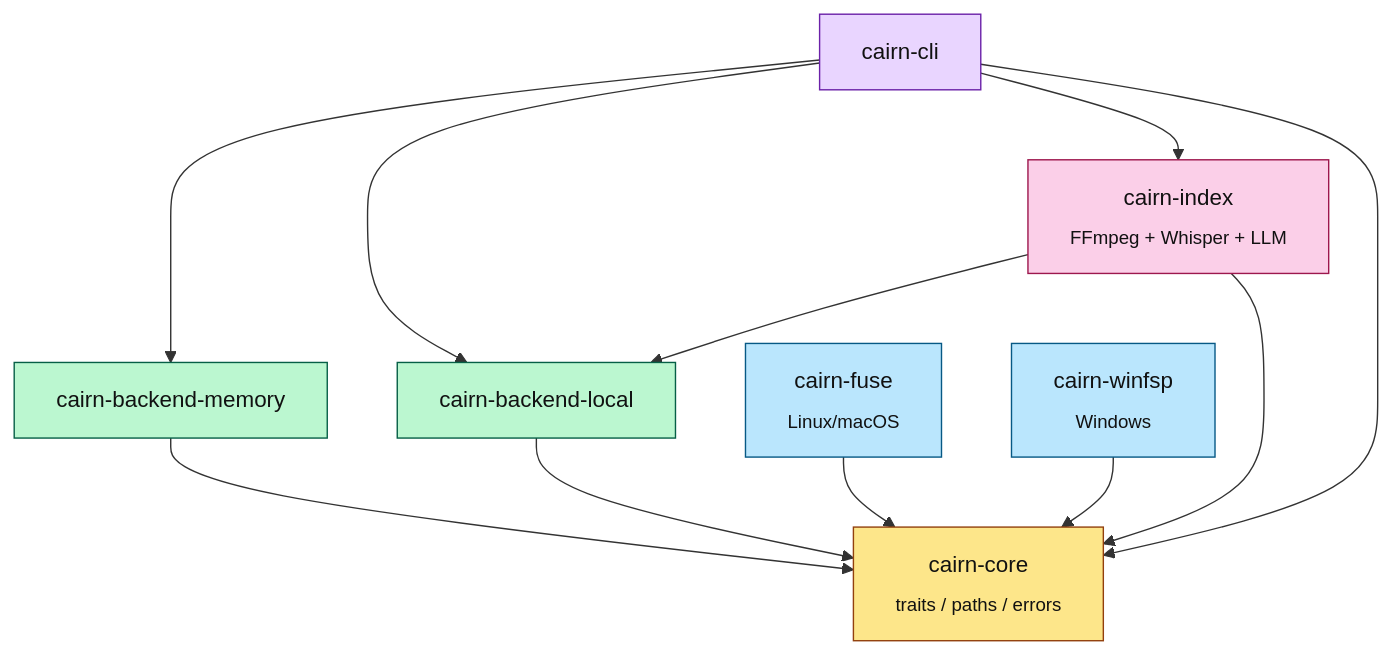
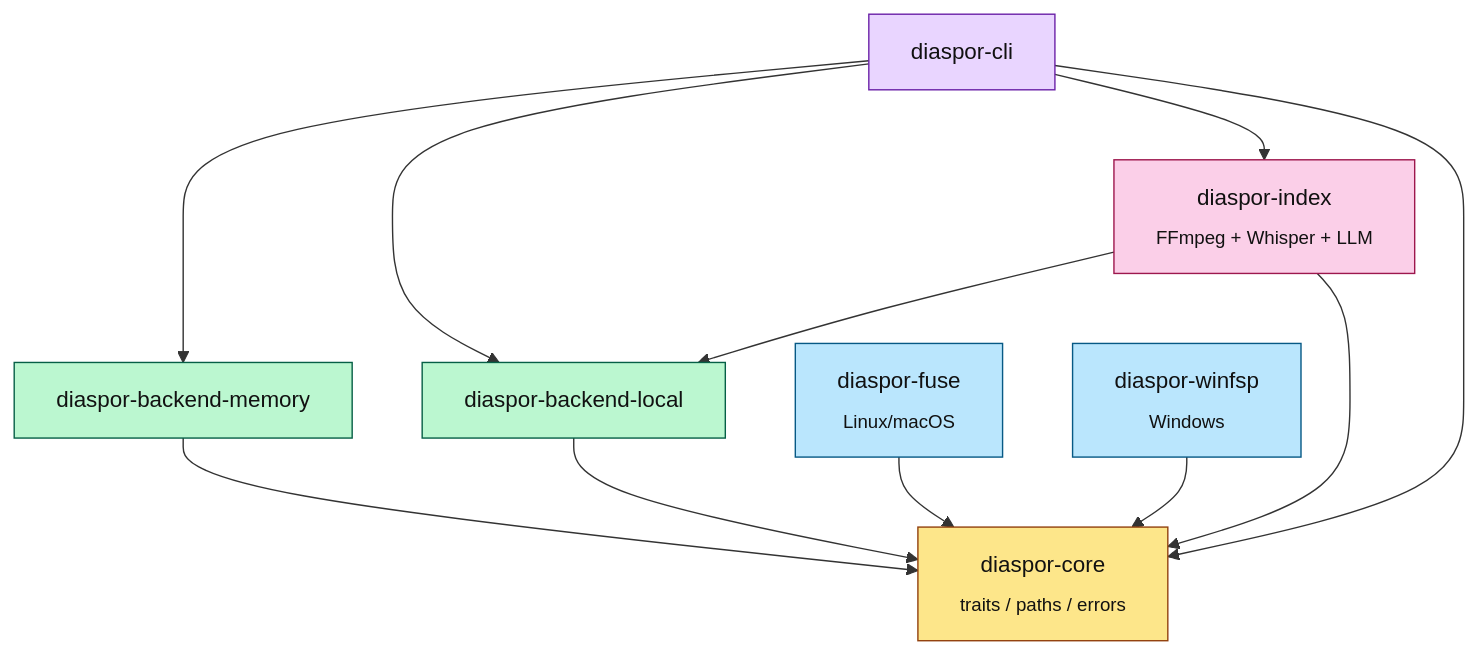
Before and after one commit to stonyp90/diaspor: the first of 4 diagrams in ARCHITECTURE.md, drawn with Mermaid. The commit also changed other lines of this file and 77 other files, not shown here.

First line of the commit message:
rebrand: cairn → diaspor

````diff
--- a/ARCHITECTURE.md
+++ b/ARCHITECTURE.md
@@ -12,33 +12,33 @@
 ```mermaid
 graph TD
-    core["cairn-core<br/><sub>traits / paths / errors</sub>"]
-    memory["cairn-backend-memory"]
-    local["cairn-backend-local"]
-    fuse["cairn-fuse<br/><sub>Linux/macOS</sub>"]
-    winfsp["cairn-winfsp<br/><sub>Windows</sub>"]
-    index["cairn-index<br/><sub>FFmpeg + Whisper + LLM</sub>"]
-    cli["cairn-cli"]
+    core["diaspor-core<br/><sub>traits / paths / errors</sub>"]
+    memory["diaspor-backend-memory"]
+    local["diaspor-backend-local"]
+    fuse["diaspor-fuse<br/><sub>Linux/macOS</sub>"]
+    winfsp["diaspor-winfsp<br/><sub>Windows</sub>"]
+    index["diaspor-index<br/><sub>FFmpeg + Whisper + LLM</sub>"]
+    cli["diaspor-cli"]
 
     memory --> core
     local  --> core
     fuse   --> core
     winfsp --> core
     index  --> core
     cli    --> core
     cli    --> memory
     cli    --> local
     cli    --> index
     index  --> local
 
     classDef coreCls fill:#fde68a,stroke:#92400e,color:#111
     classDef backendCls fill:#bbf7d0,stroke:#065f46,color:#111
     classDef adapterCls fill:#bae6fd,stroke:#075985,color:#111
     classDef pipelineCls fill:#fbcfe8,stroke:#9d174d,color:#111
     classDef cliCls fill:#e9d5ff,stroke:#6b21a8,color:#111
 
     class core coreCls
     class memory,local backendCls
     class fuse,winfsp adapterCls
     class index pipelineCls
     class cli cliCls
 ```
````
